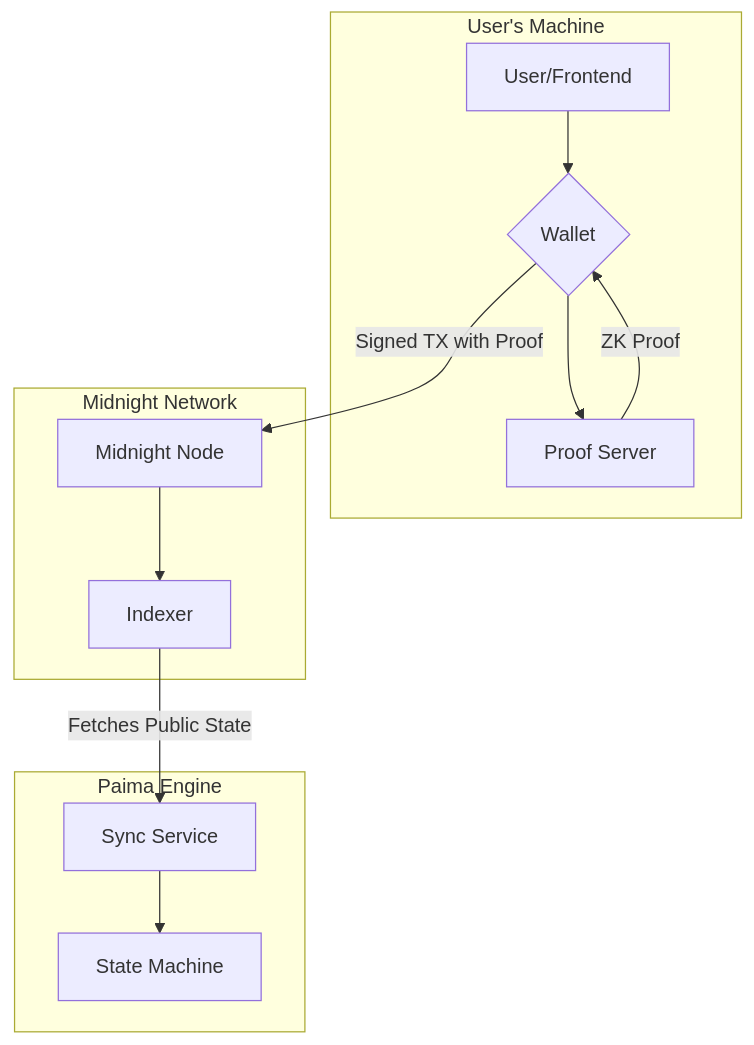
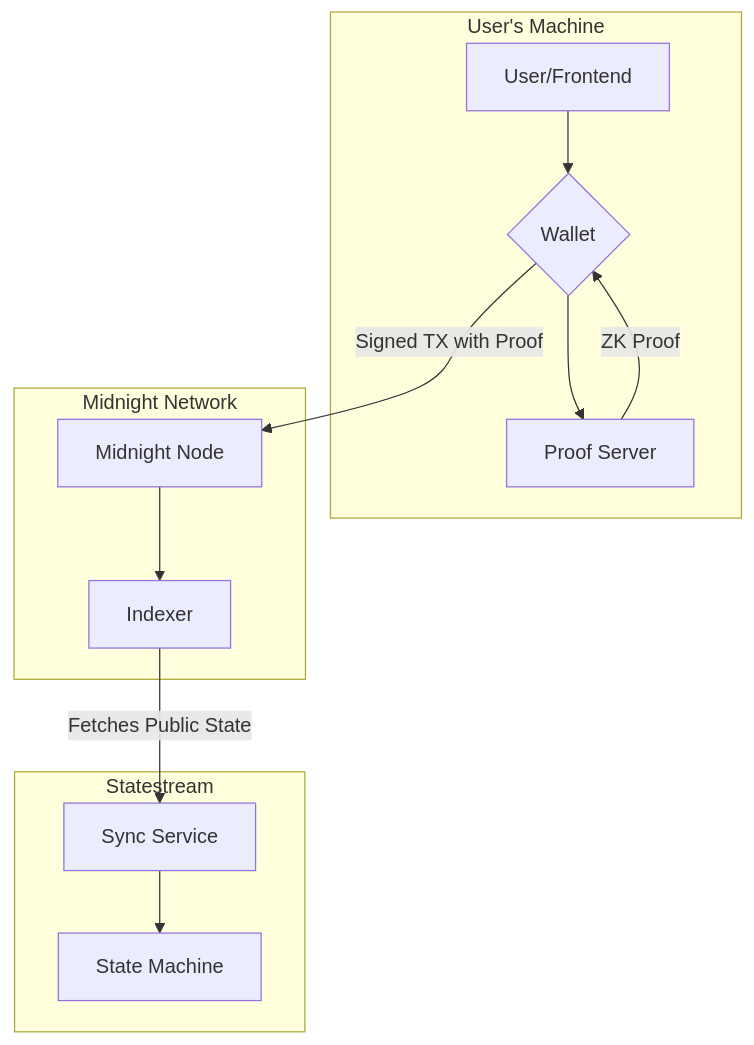
Before and after one commit to effectstream/effectstream: the diagram in docs/site/docs/home/200-chains/202-midnight.md, drawn with Mermaid. The commit also changed other lines of this file and 55 other files, not shown here.

````diff
--- a/docs/site/docs/home/200-chains/202-midnight.md
+++ b/docs/site/docs/home/200-chains/202-midnight.md
@@ -24,21 +24,21 @@
 ```mermaid
 graph TD
-    subgraph Paima Engine
+    subgraph Statestream
         PaimaSync[Sync Service] --> PaimaSM[State Machine]
     end
 
     subgraph User's Machine
         A[User/Frontend] --> B{Wallet};
         B --> C[Proof Server];
     end
 
     subgraph Midnight Network
         D[Midnight Node] --> E[Indexer];
     end
 
     C -- ZK Proof --> B;
     B -- Signed TX with Proof --> D;
     E -- Fetches Public State --> PaimaSync;
 
    
 ```
````
